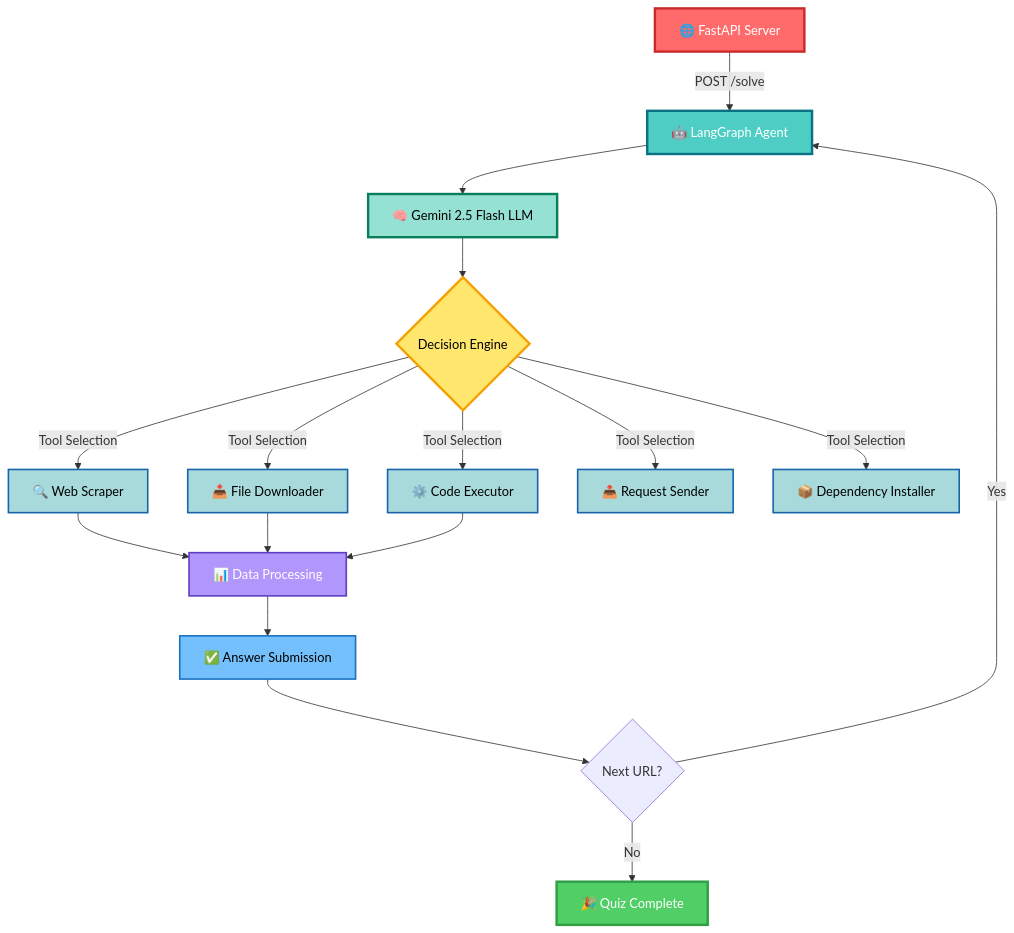
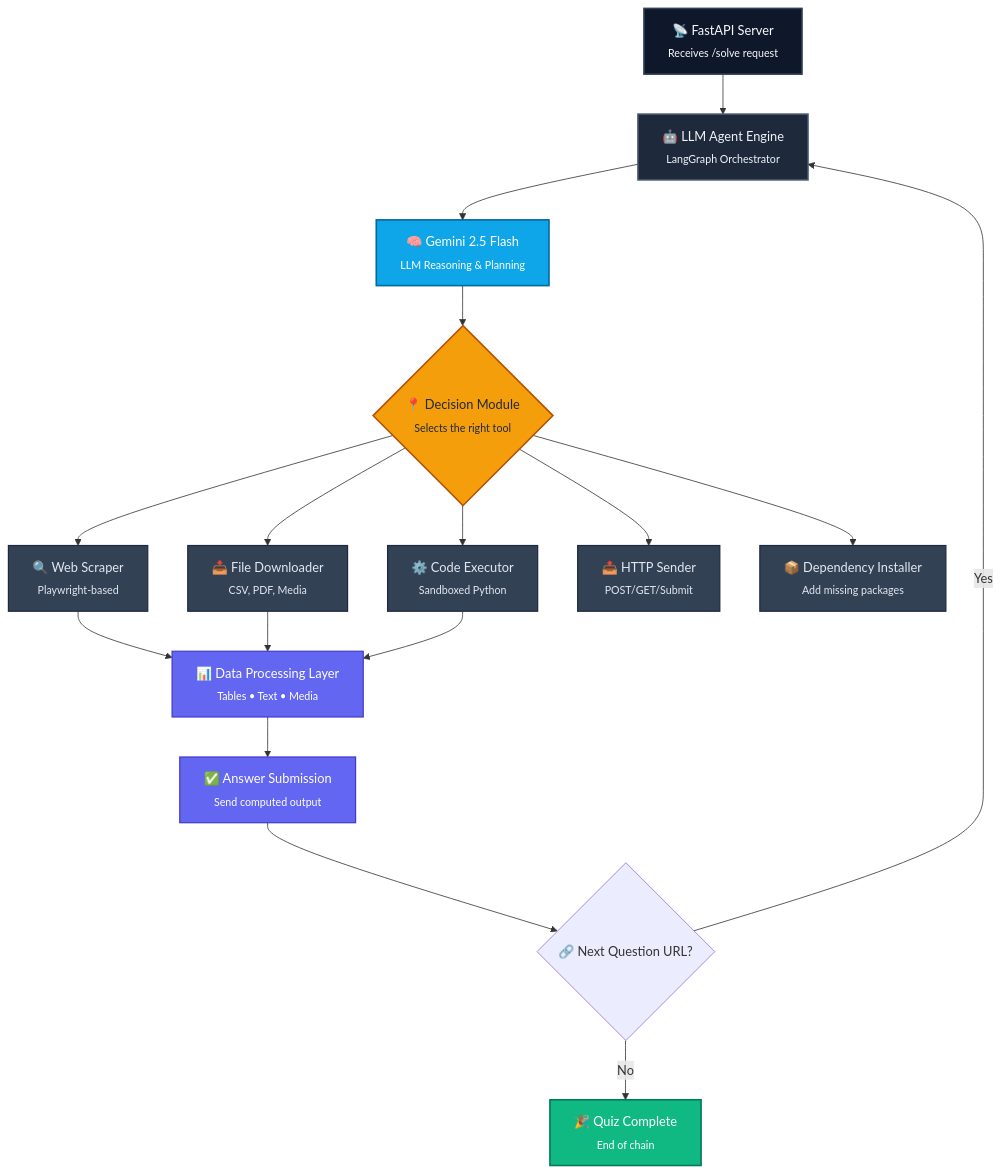
The diagram in README .md (21f3000340-rgb/TDS_PROJECT2), drawn with Mermaid before and after one commit.

Commit message:
Update README .md

````diff
--- a/README .md
+++ b/README .md
@@ -109,31 +109,49 @@
 ```mermaid
-graph TB
-    A[🌐 FastAPI Server] -->|POST /solve| B[🤖 LangGraph Agent]
-    B --> C[🧠 Gemini 2.5 Flash LLM]
-    C --> D{Decision Engine}
-    D -->|Tool Selection| E[🔍 Web Scraper]
-    D -->|Tool Selection| F[📥 File Downloader]
-    D -->|Tool Selection| G[⚙️ Code Executor]
-    D -->|Tool Selection| H[📤 Request Sender]
-    D -->|Tool Selection| I[📦 Dependency Installer]
-    E --> J[📊 Data Processing]
+flowchart TB
+    %% ===== Main Flow =====
+    A[📡 FastAPI Server<br><sub>Receives /solve request</sub>] 
+        --> B[🤖 LLM Agent Engine<br><sub>LangGraph Orchestrator</sub>]
+
+    B --> C[🧠 Gemini 2.5 Flash<br><sub>LLM Reasoning & Planning</sub>]
+
+    C --> D{📍 Decision Module<br><sub>Selects the right tool</sub>}
+
+    %% ===== Tools =====
+    D --> E[🔍 Web Scraper<br><sub>Playwright-based</sub>]
+    D --> F[📥 File Downloader<br><sub>CSV, PDF, Media</sub>]
+    D --> G[⚙️ Code Executor<br><sub>Sandboxed Python</sub>]
+    D --> H[📤 HTTP Sender<br><sub>POST/GET/Submit</sub>]
+    D --> I[📦 Dependency Installer<br><sub>Add missing packages</sub>]
+
+    %% ===== Processing =====
+    E --> J[📊 Data Processing Layer<br><sub>Tables • Text • Media</sub>]
     F --> J
     G --> J
-    J --> K[✅ Answer Submission]
-    K --> L{Next URL?}
+
+    %% ===== Submission =====
+    J --> K[✅ Answer Submission<br><sub>Send computed output</sub>]
+
+    K --> L{🔗 Next Question URL?}
+
     L -->|Yes| B
-    L -->|No| M[🎉 Quiz Complete]
-    
-    style A fill:#FF6B6B,stroke:#C92A2A,stroke-width:3px,color:#fff
-    style B fill:#4ECDC4,stroke:#0B7285,stroke-width:3px,color:#fff
-    style C fill:#95E1D3,stroke:#087F5B,stroke-width:3px,color:#000
-    style D fill:#FFE66D,stroke:#F59F00,stroke-width:3px,color:#000
-    style E fill:#A8DADC,stroke:#1864AB,stroke-width:2px,color:#000
-    style F fill:#A8DADC,stroke:#1864AB,stroke-width:2px,color:#000
-    style G fill:#A8DADC,stroke:#1864AB,stroke-width:2px,color:#000
-    style H fill:#A8DADC,stroke:#1864AB,stroke-width:2px,color:#000
-    style I fill:#A8DADC,stroke:#1864AB,stroke-width:2px,color:#000
-    style J fill:#B197FC,stroke:#5F3DC4,stroke-width:2px,color:#fff
-    style K fill:#74C0FC,stroke:#1971C2,stroke-width:2px,color:#000
-    style M fill:#51CF66,stroke:#2F9E44,stroke-width:3px,color:#fff
+    L -->|No| M[🎉 Quiz Complete<br><sub>End of chain</sub>]
+
+    %% ===== Styling =====
+    classDef main fill:#0F172A,stroke:#334155,color:#F8FAFC,stroke-width:2px;
+    classDef agent fill:#1E293B,stroke:#475569,color:#F1F5F9,stroke-width:2px;
+    classDef llm fill:#0EA5E9,stroke:#0369A1,color:white,stroke-width:2px;
+    classDef decision fill:#F59E0B,stroke:#B45309,color:#1F2937,stroke-width:2px;
+    classDef tool fill:#334155,stroke:#1E293B,color:#E2E8F0,stroke-width:1.5px;
+    classDef process fill:#6366F1,stroke:#4338CA,color:white,stroke-width:1.5px;
+    classDef final fill:#10B981,stroke:#047857,color:white,stroke-width:2px;
+
+    class A main
+    class B agent
+    class C llm
+    class D decision
+    class E,F,G,H,I tool
+    class J process
+    class K process
+    class M final
+
 ```
````
